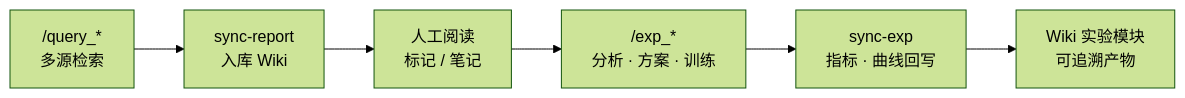
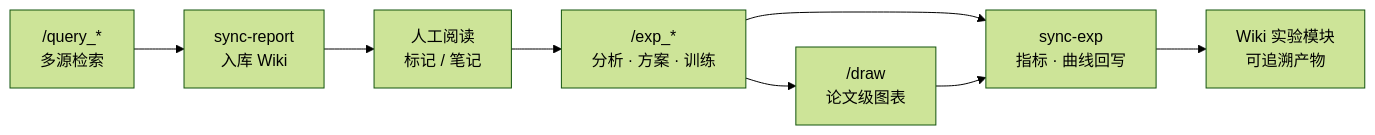
Before and after one commit to QinHsiu/Paper_Rec_Skill: the diagram in README.md, drawn with Mermaid (forest theme). The commit also changed other lines of this file and 39 other files, not shown here.

````diff
--- a/README.md
+++ b/README.md
@@ -44,8 +45,10 @@
 ```mermaid
 flowchart LR
   A["/query_*<br/>多源检索"] --> B["sync-report<br/>入库 Wiki"]
   B --> C["人工阅读<br/>标记 / 笔记"]
   C --> D["/exp_*<br/>分析 · 方案 · 训练"]
+  D --> G["/draw<br/>论文级图表"]
   D --> E["sync-exp<br/>指标 · 曲线回写"]
+  G --> E
   E --> F["Wiki 实验模块<br/>可追溯产物"]
 ```
````
